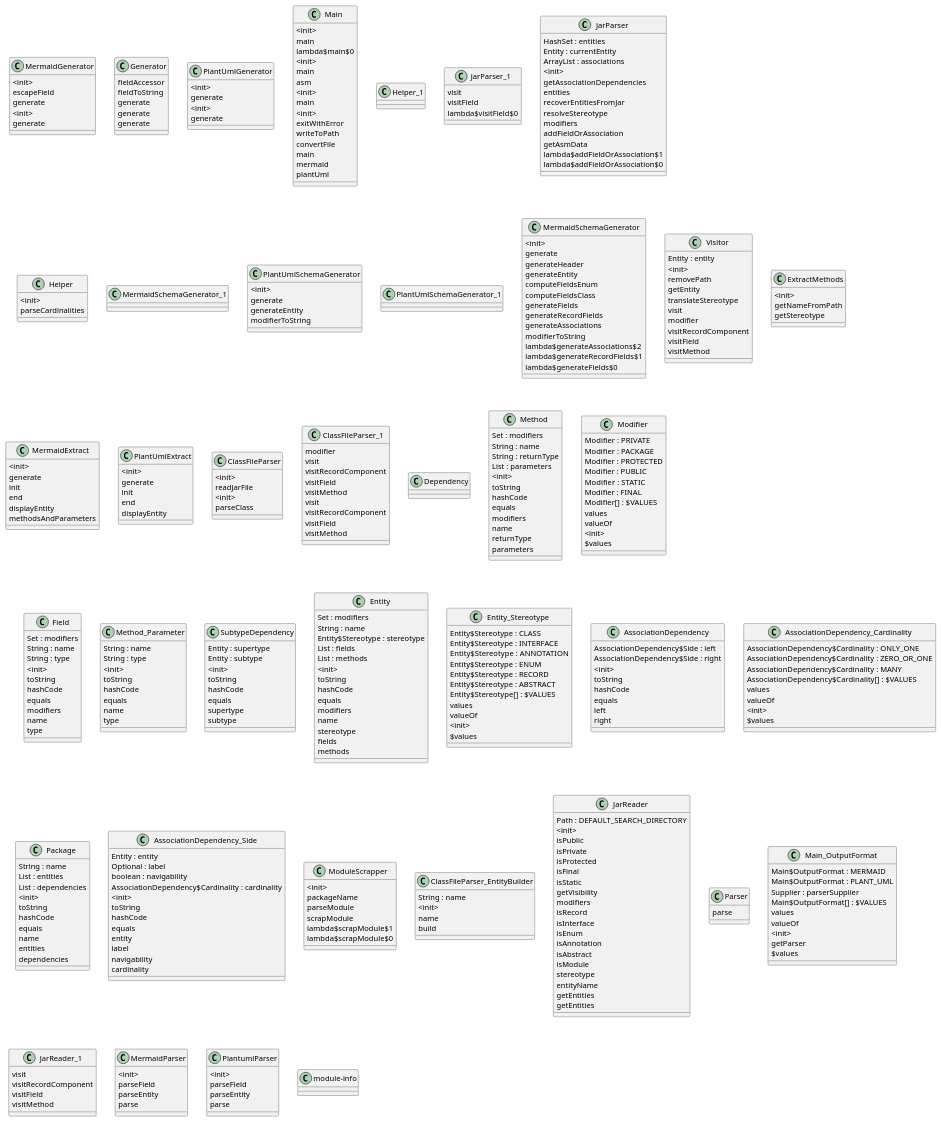
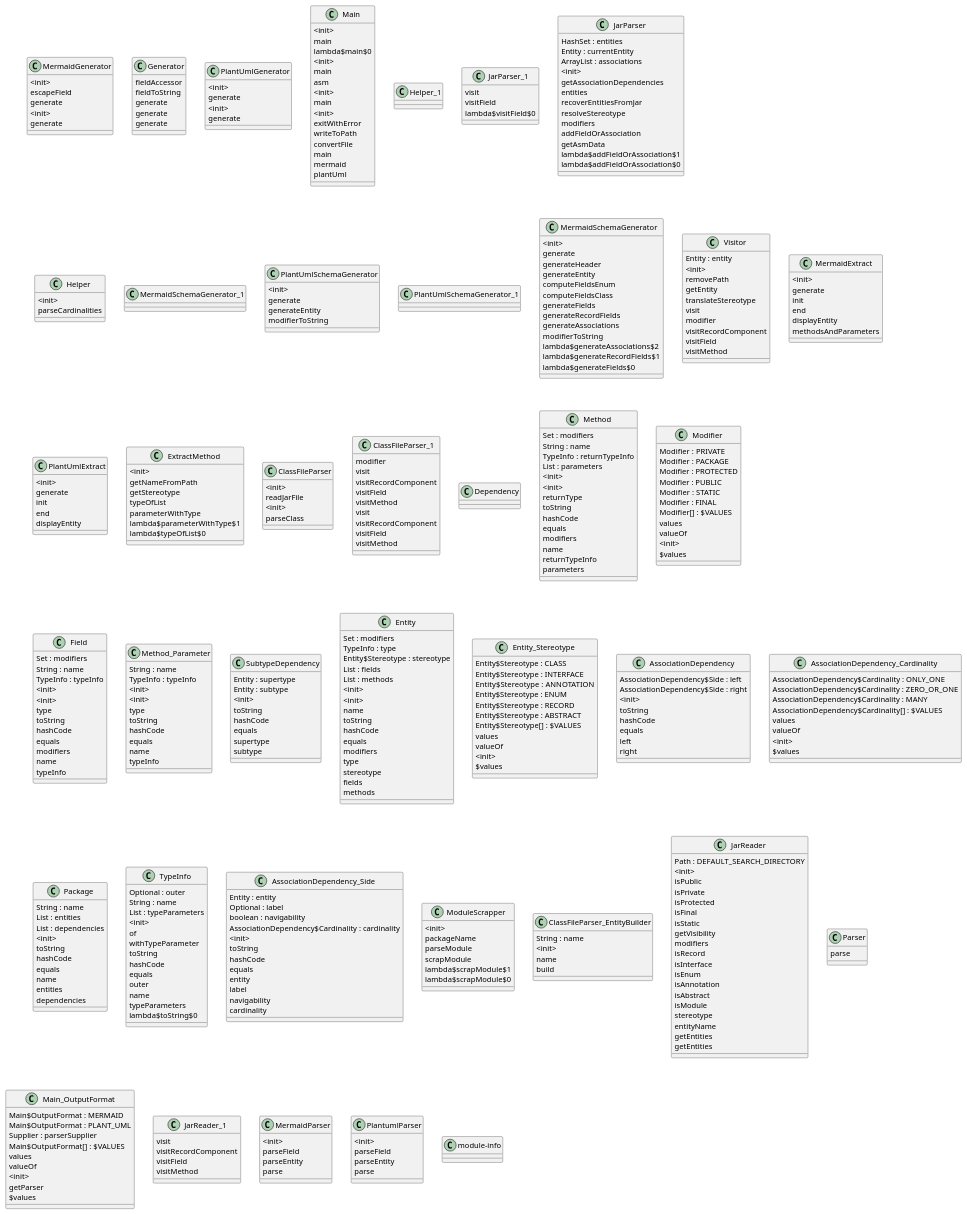
Before and after one commit to forax/umldoc: the diagram in src/main/java/com/github/veluvexiau/umldoc/core/plantExport.md, drawn with PlantUML. The commit also changed 3 other files, not shown here.

```diff
--- a/src/main/java/com/github/veluvexiau/umldoc/core/plantExport.md
+++ b/src/main/java/com/github/veluvexiau/umldoc/core/plantExport.md
@@ -106,12 +106,6 @@
 		visitMethod
 	}
 
-	class ExtractMethods{
-		<init>
-		getNameFromPath
-		getStereotype
-	}
-
 	class MermaidExtract{
 		<init>
 		generate
@@ -127,6 +121,16 @@
 		init
 		end
 		displayEntity
+	}
+
+	class ExtractMethod{
+		<init>
+		getNameFromPath
+		getStereotype
+		typeOfList
+		parameterWithType
+		lambda$parameterWithType$1
+		lambda$typeOfList$0
 	}
 
 	class Main{
@@ -167,15 +171,17 @@
 	class Method{
 		Set : modifiers
 		String : name
-		String : returnType
+		TypeInfo : returnTypeInfo
 		List : parameters
 		<init>
+		<init>
+		returnType
 		toString
 		hashCode
 		equals
 		modifiers
 		name
-		returnType
+		returnTypeInfo
 		parameters
 	}
 
@@ -196,25 +202,29 @@
 	class Field{
 		Set : modifiers
 		String : name
-		String : type
+		TypeInfo : typeInfo
 		<init>
+		<init>
+		type
 		toString
 		hashCode
 		equals
 		modifiers
 		name
-		type
+		typeInfo
 	}
 
 	class Method_Parameter{
 		String : name
-		String : type
+		TypeInfo : typeInfo
 		<init>
+		<init>
+		type
 		toString
 		hashCode
 		equals
 		name
-		type
+		typeInfo
 	}
 
 	class SubtypeDependency{
@@ -230,16 +240,18 @@
 
 	class Entity{
 		Set : modifiers
-		String : name
+		TypeInfo : type
 		Entity$Stereotype : stereotype
 		List : fields
 		List : methods
 		<init>
+		<init>
+		name
 		toString
 		hashCode
 		equals
 		modifiers
-		name
+		type
 		stereotype
 		fields
 		methods
@@ -292,6 +304,22 @@
 		name
 		entities
 		dependencies
+	}
+
+	class TypeInfo{
+		Optional : outer
+		String : name
+		List : typeParameters
+		<init>
+		of
+		withTypeParameter
+		toString
+		hashCode
+		equals
+		outer
+		name
+		typeParameters
+		lambda$toString$0
 	}
 
 	class AssociationDependency_Side{
```
